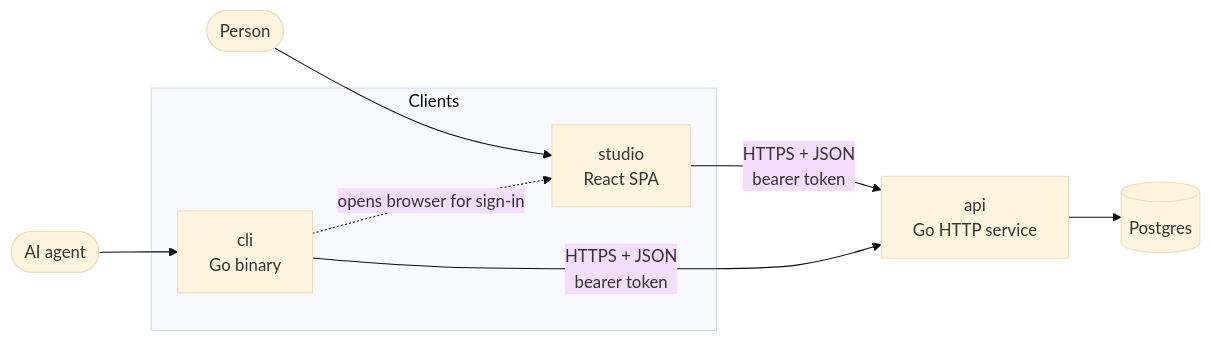
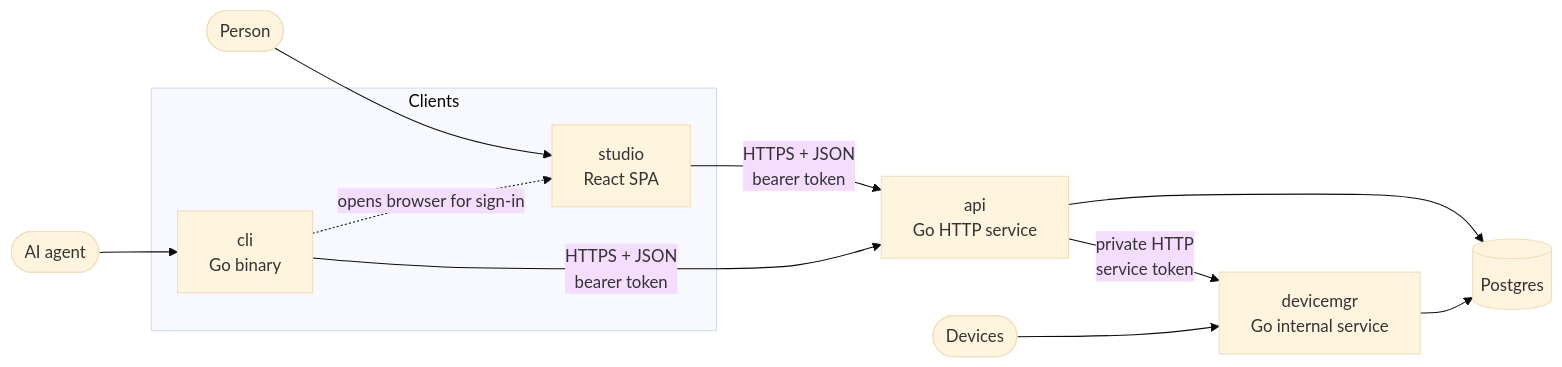
Before and after one commit to jaredhughes1012/dalnamics: the first of 2 diagrams in docs/arch.md, drawn with Mermaid (base theme). The commit also changed other lines of this file and 25 other files, not shown here.

First line of the commit message:
Bootstrap the devicemgr internal device service

````diff
--- a/docs/arch.md
+++ b/docs/arch.md
@@ -13,13 +13,16 @@
 ```mermaid
 flowchart LR
     user([Person]) --> studio
     agent([AI agent]) --> cli
     subgraph clients [Clients]
         studio["studio<br/>React SPA"]
         cli["cli<br/>Go binary"]
     end
     studio -- "HTTPS + JSON<br/>bearer token" --> api
     cli -- "HTTPS + JSON<br/>bearer token" --> api
     cli -. "opens browser for sign-in" .-> studio
     api["api<br/>Go HTTP service"] --> pg[(Postgres)]
+    api -- "private HTTP<br/>service token" --> devicemgr["devicemgr<br/>Go internal service"]
+    devices([Devices]) --> devicemgr
+    devicemgr --> pg
 ```
````
